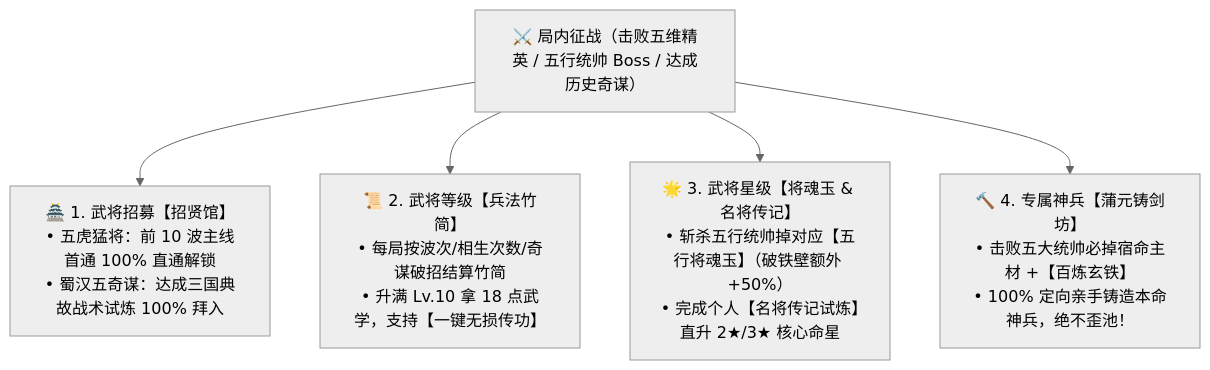
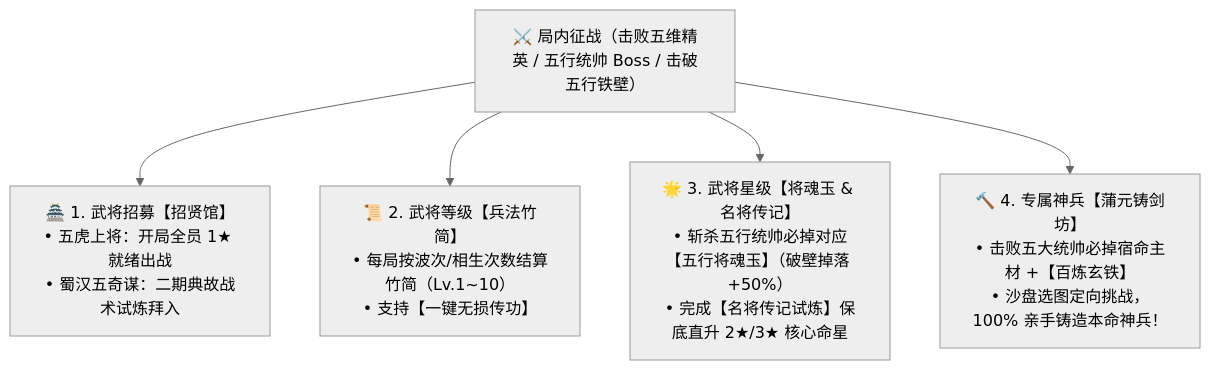
One commit to niuchangsheng/TowerDefense changed the third of 11 diagrams in docs/Wuxing_System_Design.md. Above: the diagram before and after it, drawn with Mermaid (neutral theme). The commit also changed other lines of this file and 1 other file, not shown here.

````diff
--- a/docs/Wuxing_System_Design.md
+++ b/docs/Wuxing_System_Design.md
@@ -320,8 +382,8 @@
 ```mermaid
 flowchart TD
-    Battle["⚔️ 局内征战（击败五维精英 / 五行统帅 Boss / 达成历史奇谋）"]
-    Battle --> Hero["🏯 1. 武将招募【招贤馆】\n• 五虎猛将：前 10 波主线首通 100% 直通解锁\n• 蜀汉五奇谋：达成三国典故战术试炼 100% 拜入"]
-    Battle --> Level["📜 2. 武将等级【兵法竹简】\n• 每局按波次/相生次数/奇谋破招结算竹简\n• 升满 Lv.10 拿 18 点武学，支持【一键无损传功】"]
-    Battle --> Star["🌟 3. 武将星级【将魂玉 & 名将传记】\n• 斩杀五行统帅掉对应【五行将魂玉】（破铁壁额外 +50%）\n• 完成个人【名将传记试炼】直升 2★/3★ 核心命星"]
-    Battle --> Weapon["🔨 4. 专属神兵【蒲元铸剑坊】\n• 击败五大统帅必掉宿命主材 +【百炼玄铁】\n• 100% 定向亲手铸造本命神兵，绝不歪池！"]
+    Battle["⚔️ 局内征战（击败五维精英 / 五行统帅 Boss / 击破五行铁壁）"]
+    Battle --> Hero["🏯 1. 武将招募【招贤馆】\n• 五虎上将：开局全员 1★ 就绪出战\n• 蜀汉五奇谋：二期典故战术试炼拜入"]
+    Battle --> Level["📜 2. 武将等级【兵法竹简】\n• 每局按波次/相生次数结算竹简（Lv.1~10）\n• 支持【一键无损传功】"]
+    Battle --> Star["🌟 3. 武将星级【将魂玉 & 名将传记】\n• 斩杀五行统帅必掉对应【五行将魂玉】（破壁掉落 +50%）\n• 完成【名将传记试炼】保底直升 2★/3★ 核心命星"]
+    Battle --> Weapon["🔨 4. 专属神兵【蒲元铸剑坊】\n• 击败五大统帅必掉宿命主材 +【百炼玄铁】\n• 沙盘选图定向挑战，100% 亲手铸造本命神兵！"]
 ```
````
